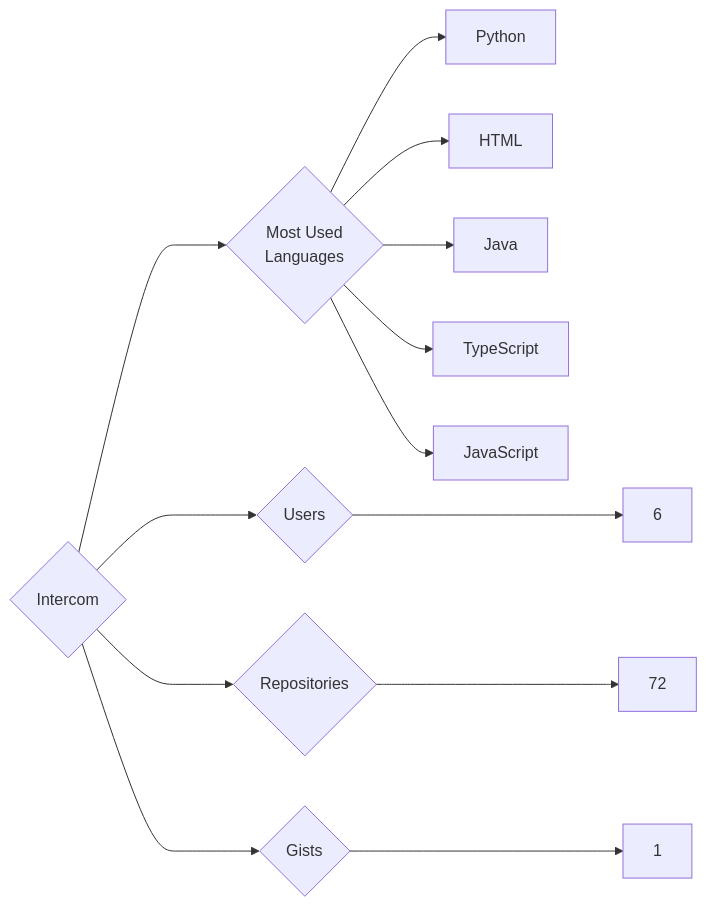
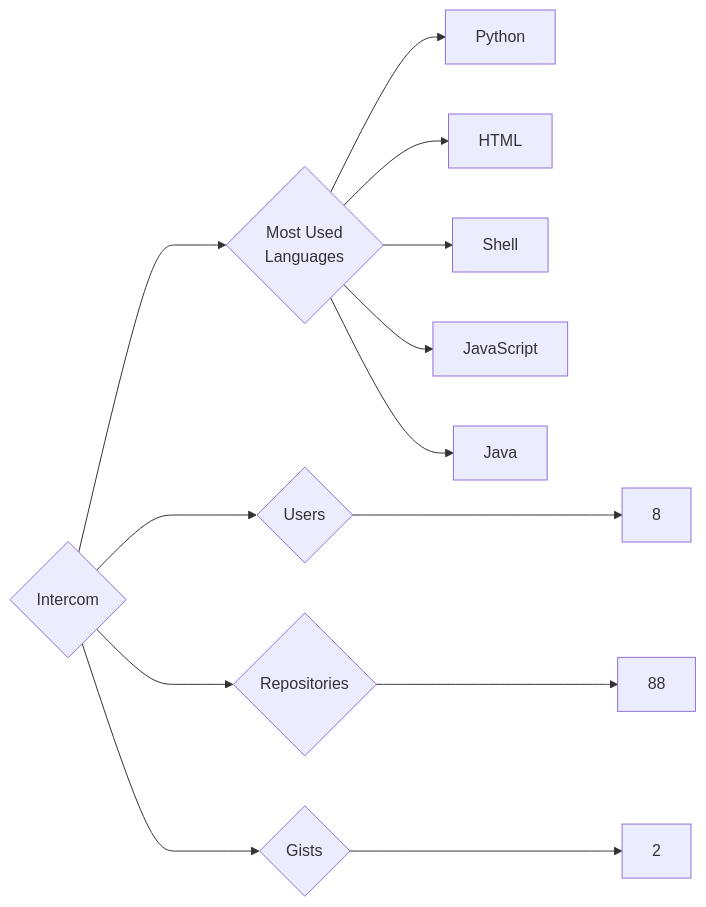
Before and after one commit to trickest/insiders: the diagram in targets/Intercom/README.md, drawn with Mermaid. The commit also changed 993 other files, not shown here.

````diff
--- a/targets/Intercom/README.md
+++ b/targets/Intercom/README.md
@@ -3,13 +3,13 @@
 ```mermaid
 graph LR
 COMPANY_NAME{Intercom}
-COMPANY_NAME ---> U{Users} ---> UN[6]
-COMPANY_NAME ---> R{Repositories} ---> RN[72]
-COMPANY_NAME ---> G{Gists} ---> GN[1]
+COMPANY_NAME ---> U{Users} ---> UN[8]
+COMPANY_NAME ---> R{Repositories} ---> RN[88]
+COMPANY_NAME ---> G{Gists} ---> GN[2]
 COMPANY_NAME ---> ML{Most Used<br>Languages}
 ML --> Python[Python]
 ML --> HTML[HTML]
+ML --> Shell[Shell]
+ML --> JavaScript[JavaScript]
 ML --> Java[Java]
-ML --> TypeScript[TypeScript]
-ML --> JavaScript[JavaScript]
 ```
````
